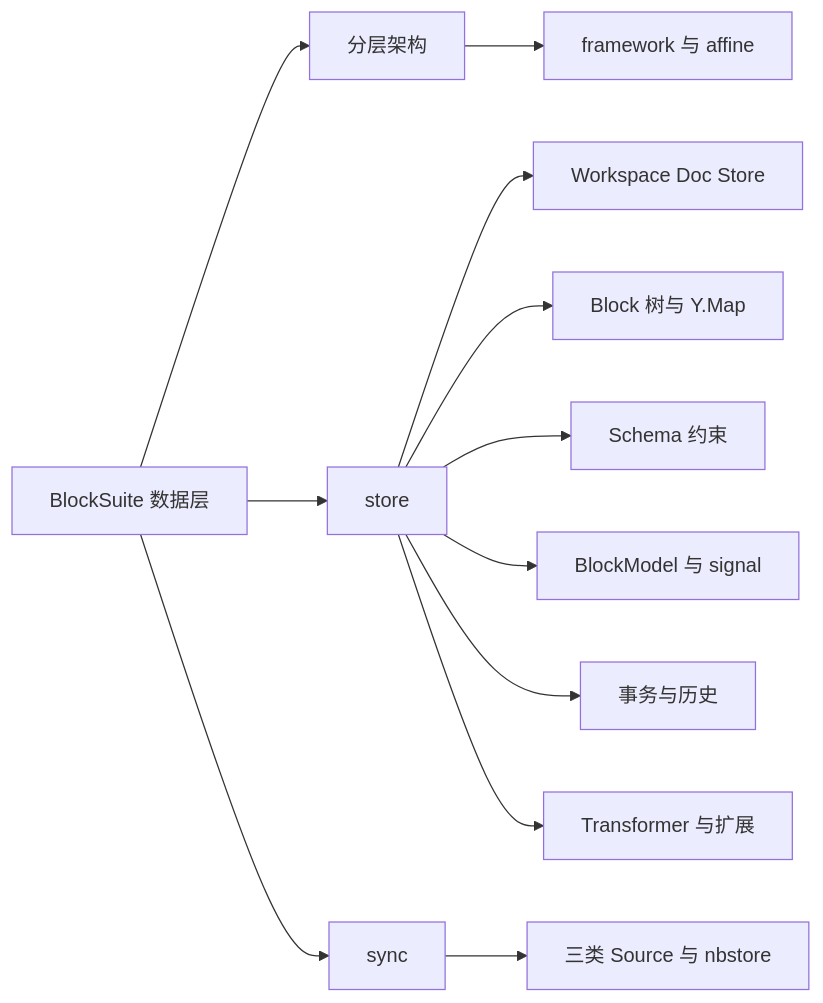
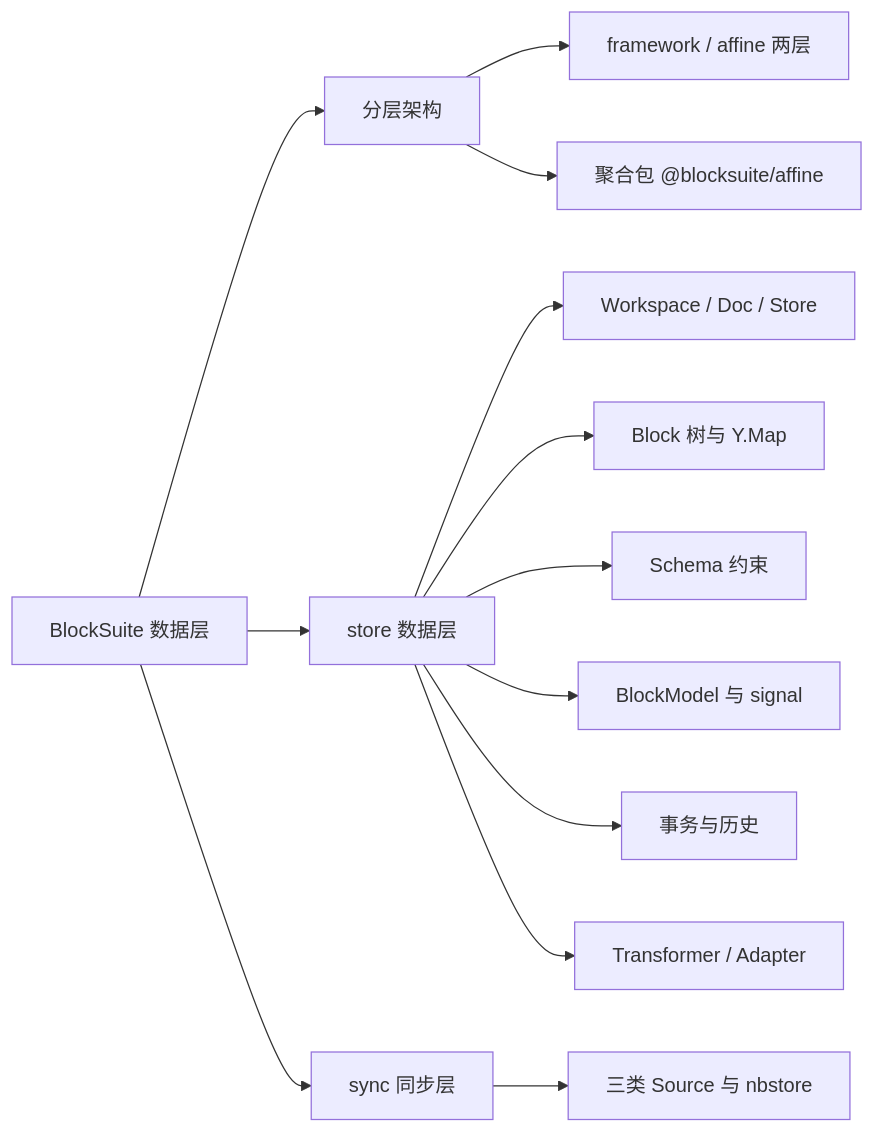
One commit to lfire/AFFiNE changed the first of 7 diagrams in learning-guide/slides/decks/12.md. Above: the diagram before and after it, drawn with Mermaid. The commit also changed other lines of this file and 46 other files, not shown here.

````diff
--- a/learning-guide/slides/decks/12.md
+++ b/learning-guide/slides/decks/12.md
@@ -51,14 +33,15 @@
 ```mermaid
 flowchart LR
-  ROOT[BlockSuite 数据层] --> L[分层架构]
-  ROOT --> S[store]
-  ROOT --> SY[sync]
-  L --> L1[framework 与 affine]
-  S --> S1[Workspace Doc Store]
-  S --> S2[Block 树与 Y.Map]
-  S --> S3[Schema 约束]
-  S --> S4[BlockModel 与 signal]
-  S --> S5[事务与历史]
-  S --> S6[Transformer 与扩展]
-  SY --> SY1[三类 Source 与 nbstore]
+  ROOT["BlockSuite 数据层"] --> L["分层架构"]
+  ROOT --> S["store 数据层"]
+  ROOT --> SY["sync 同步层"]
+  L --> L1["framework / affine 两层"]
+  L --> L2["聚合包 @blocksuite/affine"]
+  S --> S1["Workspace / Doc / Store"]
+  S --> S2["Block 树与 Y.Map"]
+  S --> S3["Schema 约束"]
+  S --> S4["BlockModel 与 signal"]
+  S --> S5["事务与历史"]
+  S --> S6["Transformer / Adapter"]
+  SY --> SY1["三类 Source 与 nbstore"]
 ```
````
